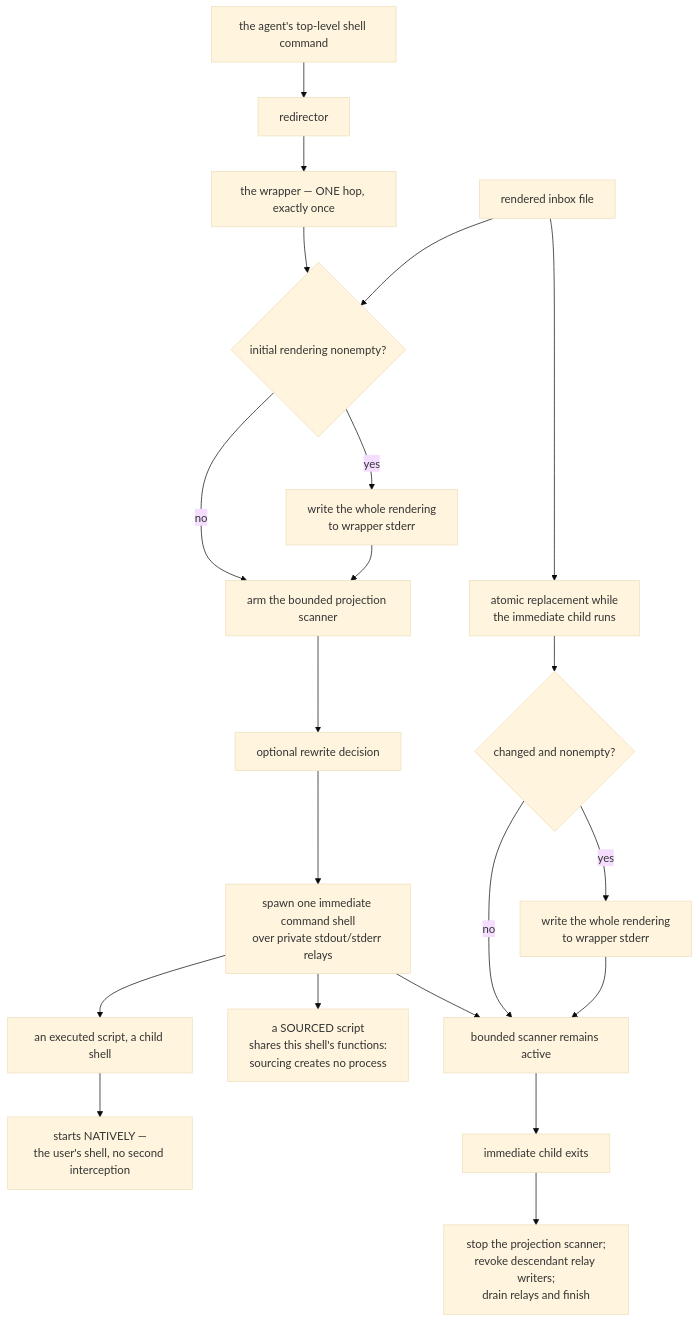
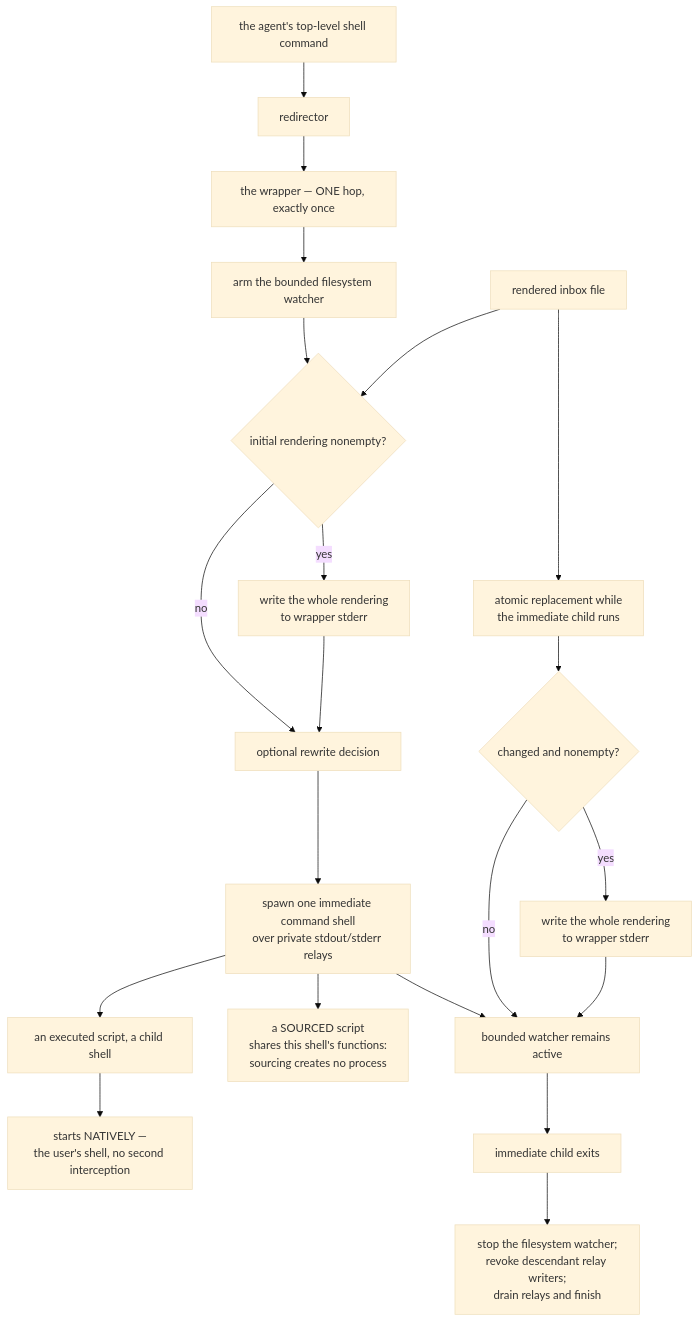
One commit to infimalabs/spice-rust changed the seventh of 10 diagrams in docs/product/planes/hooks.md. Above: the diagram before and after it, drawn with Mermaid (base theme). The commit also changed other lines of this file and 4 other files, not shown here.

Commit message:
steer: Replace active-child polling with a filesystem watcher DELIVER-1kRP9vNw

````diff
--- a/docs/product/planes/hooks.md
+++ b/docs/product/planes/hooks.md
@@ -151,23 +151,23 @@
 ```mermaid
 flowchart TD
   A["the agent's top-level shell command"] --> R["redirector"]
   R --> W["the wrapper — ONE hop, exactly once"]
-  W --> Q{"initial rendering nonempty?"}
+  W --> P["arm the bounded filesystem watcher"]
+  P --> Q{"initial rendering nonempty?"}
   I["rendered inbox file"] --> Q
   Q -- yes --> S["write the whole rendering<br/>to wrapper stderr"]
-  Q -- no --> P["arm the bounded projection scanner"]
-  S --> P
-  P --> RW["optional rewrite decision"]
+  Q -- no --> RW["optional rewrite decision"]
+  S --> RW
   RW --> C["spawn one immediate command shell<br/>over private stdout/stderr relays"]
-  C --> L["bounded scanner remains active"]
+  C --> L["bounded watcher remains active"]
   I --> U["atomic replacement while<br/>the immediate child runs"]
   U --> CH{"changed and nonempty?"}
   CH -- yes --> E["write the whole rendering<br/>to wrapper stderr"]
   CH -- no --> L
   E --> L
   C --> SRC["a SOURCED script<br/>shares this shell's functions:<br/>sourcing creates no process"]
   C --> EX["an executed script, a child shell"]
   EX --> NAT["starts NATIVELY —<br/>the user's shell, no second interception"]
   L --> X["immediate child exits"]
-  X --> V["stop the projection scanner;<br/>revoke descendant relay writers;<br/>drain relays and finish"]
+  X --> V["stop the filesystem watcher;<br/>revoke descendant relay writers;<br/>drain relays and finish"]
 ```
````
